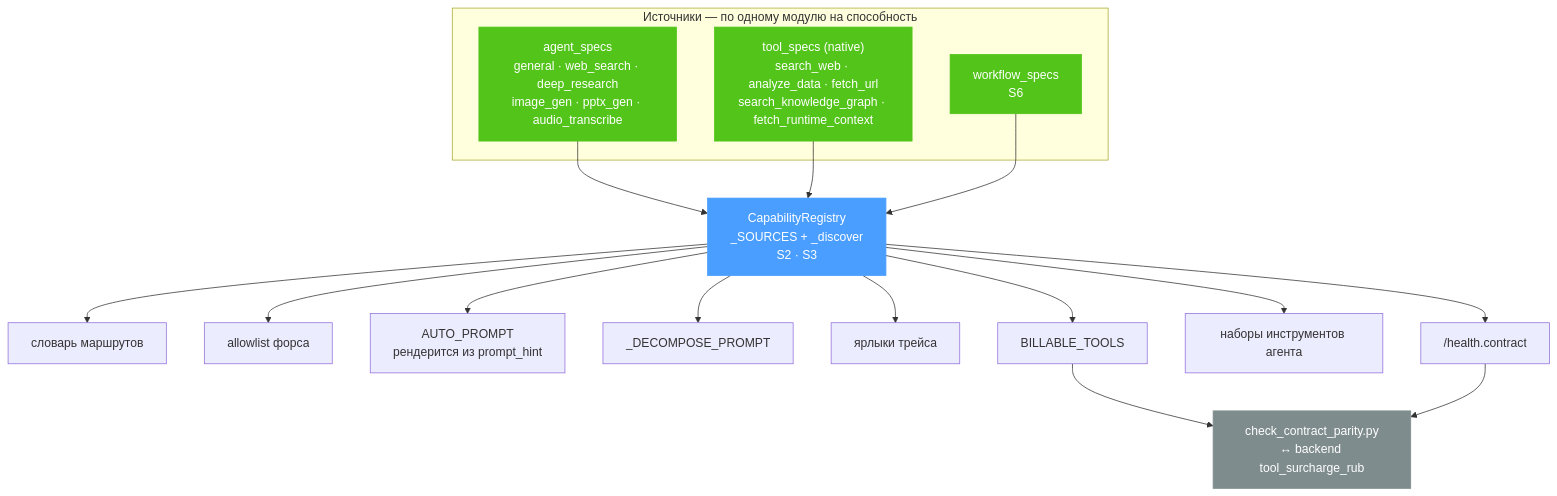
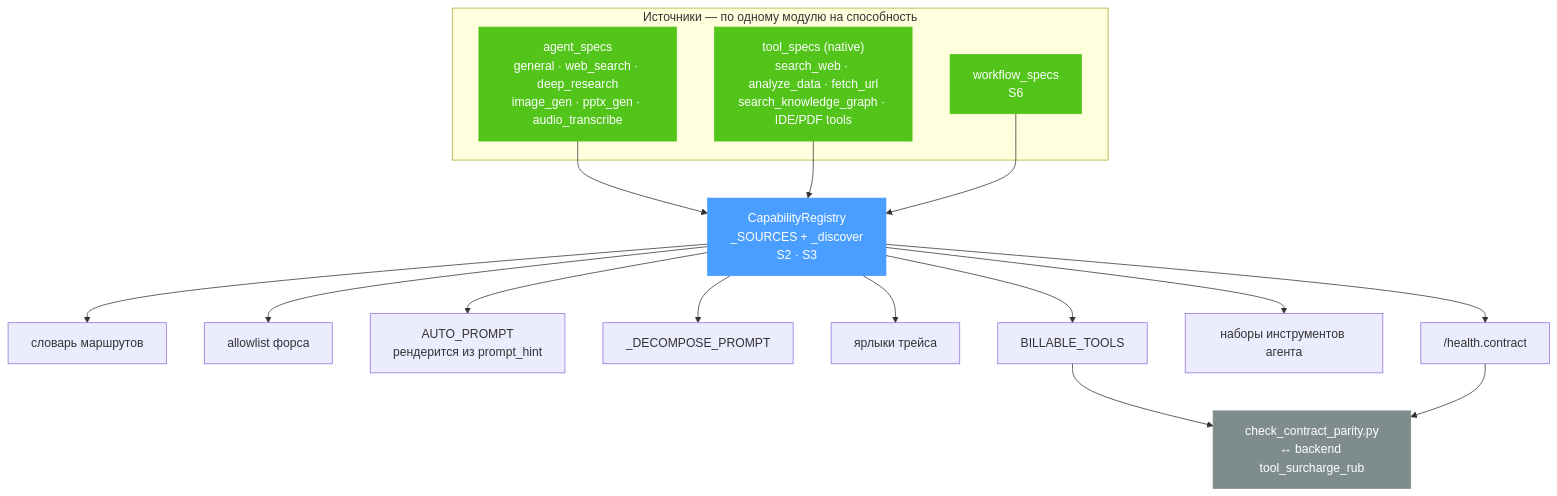
The first of 5 diagrams in docs/architecture-target.md (deneal123/AISCS), drawn with Mermaid before and after one commit. The commit also changed other lines of this file and 648 other files, not shown here.

````diff
--- a/docs/architecture-target.md
+++ b/docs/architecture-target.md
@@ -20,32 +689,32 @@
 ```mermaid
 graph TB
     subgraph Sources["Источники — по одному модулю на способность"]
         AS["agent_specs<br/>general · web_search · deep_research<br/>image_gen · pptx_gen · audio_transcribe"]
-        TS["tool_specs (native)<br/>search_web · analyze_data · fetch_url<br/>search_knowledge_graph · fetch_runtime_context"]
+        TS["tool_specs (native)<br/>search_web · analyze_data · fetch_url<br/>search_knowledge_graph · IDE/PDF tools"]
         WS["workflow_specs<br/>S6"]
     end
 
     Reg["CapabilityRegistry<br/>_SOURCES + _discover<br/>S2 · S3"]
 
     D1["словарь маршрутов"]
     D2["allowlist форса"]
     D3["AUTO_PROMPT<br/>рендерится из prompt_hint"]
     D4["_DECOMPOSE_PROMPT"]
     D5["ярлыки трейса"]
     D6["BILLABLE_TOOLS"]
     D7["наборы инструментов агента"]
     D8["/health.contract"]
 
     Parity["check_contract_parity.py<br/>↔ backend tool_surcharge_rub"]
 
     AS & TS & WS --> Reg
     Reg --> D1 & D2 & D3 & D4 & D5 & D6 & D7 & D8
     D6 --> Parity
     D8 --> Parity
 
     style Reg fill:#4a9eff,stroke:#4a9eff,color:#fff
     style AS fill:#52c41a,stroke:#52c41a,color:#fff
     style TS fill:#52c41a,stroke:#52c41a,color:#fff
     style WS fill:#52c41a,stroke:#52c41a,color:#fff
     style Parity fill:#7f8c8d,stroke:#7f8c8d,color:#fff
 ```
````
